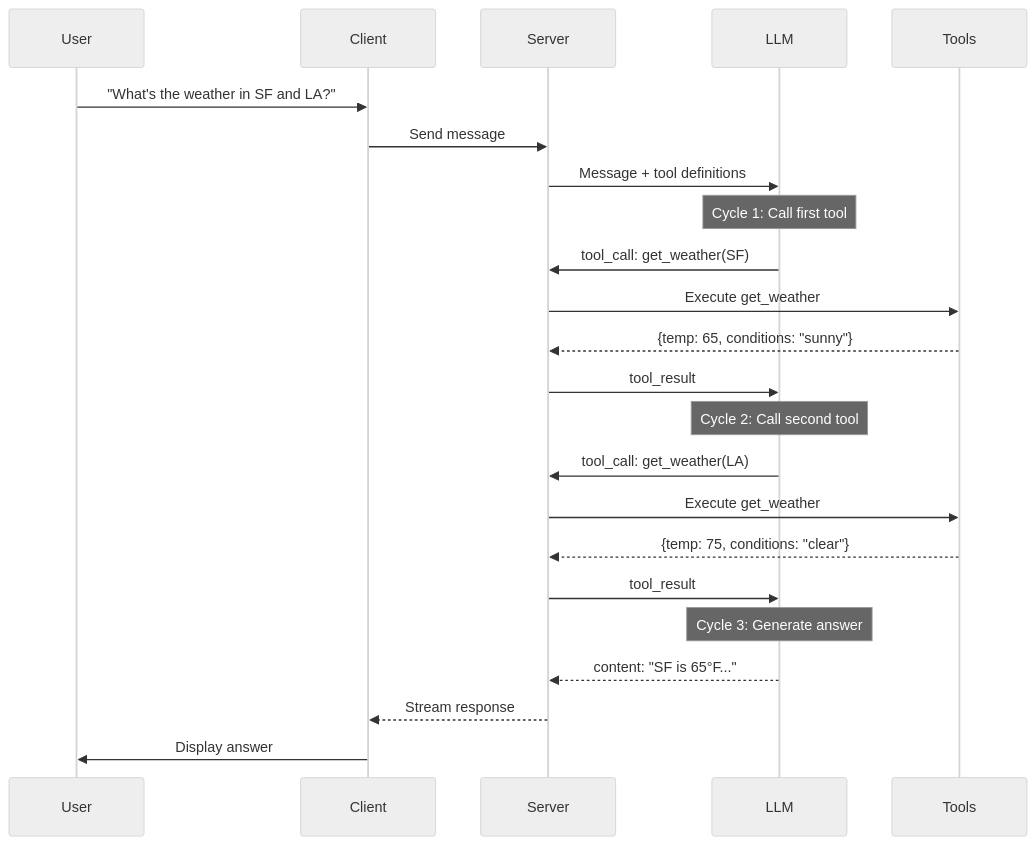
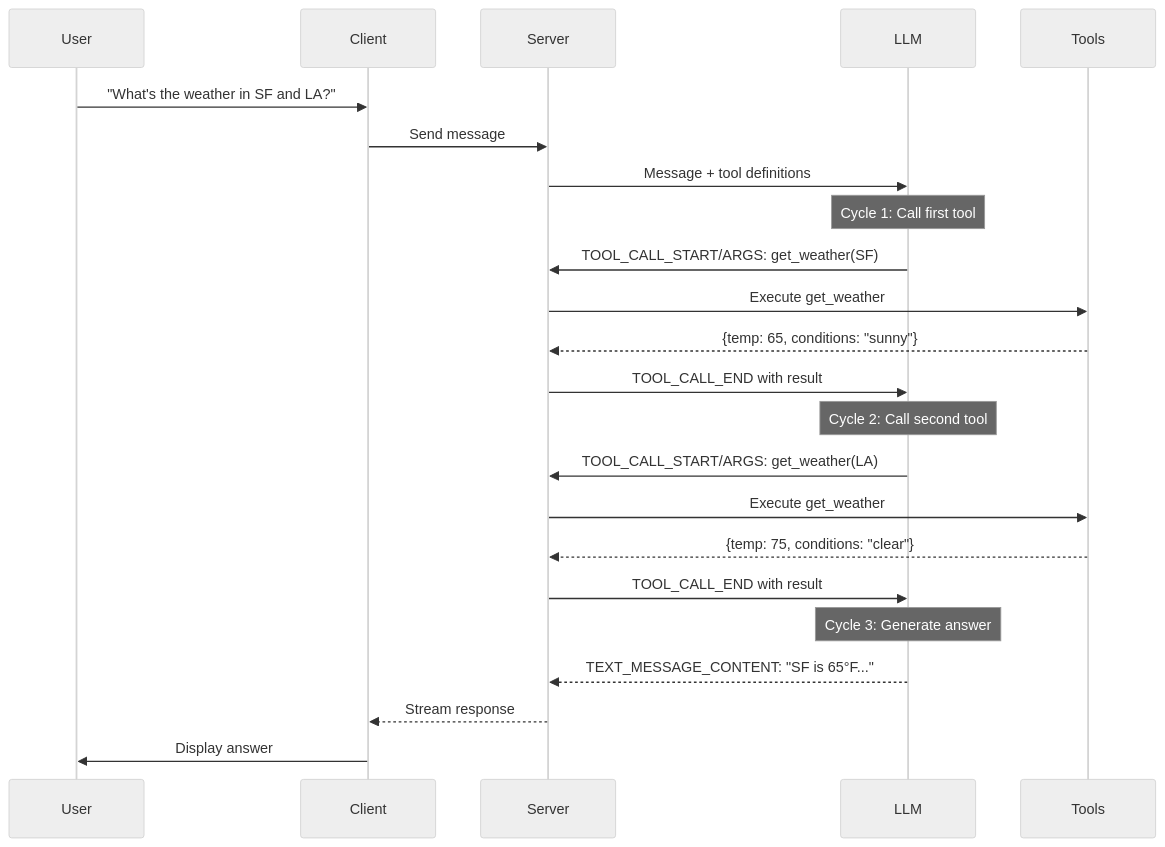
One commit to TanStack/ai changed the second of 2 diagrams in docs/guides/agentic-cycle.md. Above: the diagram before and after it, drawn with Mermaid (neutral theme). The commit also changed 8 other files, not shown here.

````diff
--- a/docs/guides/agentic-cycle.md
+++ b/docs/guides/agentic-cycle.md
@@ -35,32 +35,32 @@
 ```mermaid
 sequenceDiagram
     participant User
     participant Client
     participant Server
     participant LLM
     participant Tools
     
     User->>Client: "What's the weather in SF and LA?"
     Client->>Server: Send message
     Server->>LLM: Message + tool definitions
     
     Note over LLM: Cycle 1: Call first tool
     
-    LLM->>Server: tool_call: get_weather(SF)
+    LLM->>Server: TOOL_CALL_START/ARGS: get_weather(SF)
     Server->>Tools: Execute get_weather
     Tools-->>Server: {temp: 65, conditions: "sunny"}
-    Server->>LLM: tool_result
+    Server->>LLM: TOOL_CALL_END with result
     
     Note over LLM: Cycle 2: Call second tool
     
-    LLM->>Server: tool_call: get_weather(LA)
+    LLM->>Server: TOOL_CALL_START/ARGS: get_weather(LA)
     Server->>Tools: Execute get_weather
     Tools-->>Server: {temp: 75, conditions: "clear"}
-    Server->>LLM: tool_result
+    Server->>LLM: TOOL_CALL_END with result
     
     Note over LLM: Cycle 3: Generate answer
     
-    LLM-->>Server: content: "SF is 65°F..."
+    LLM-->>Server: TEXT_MESSAGE_CONTENT: "SF is 65°F..."
     Server-->>Client: Stream response
     Client->>User: Display answer
 ```
````
